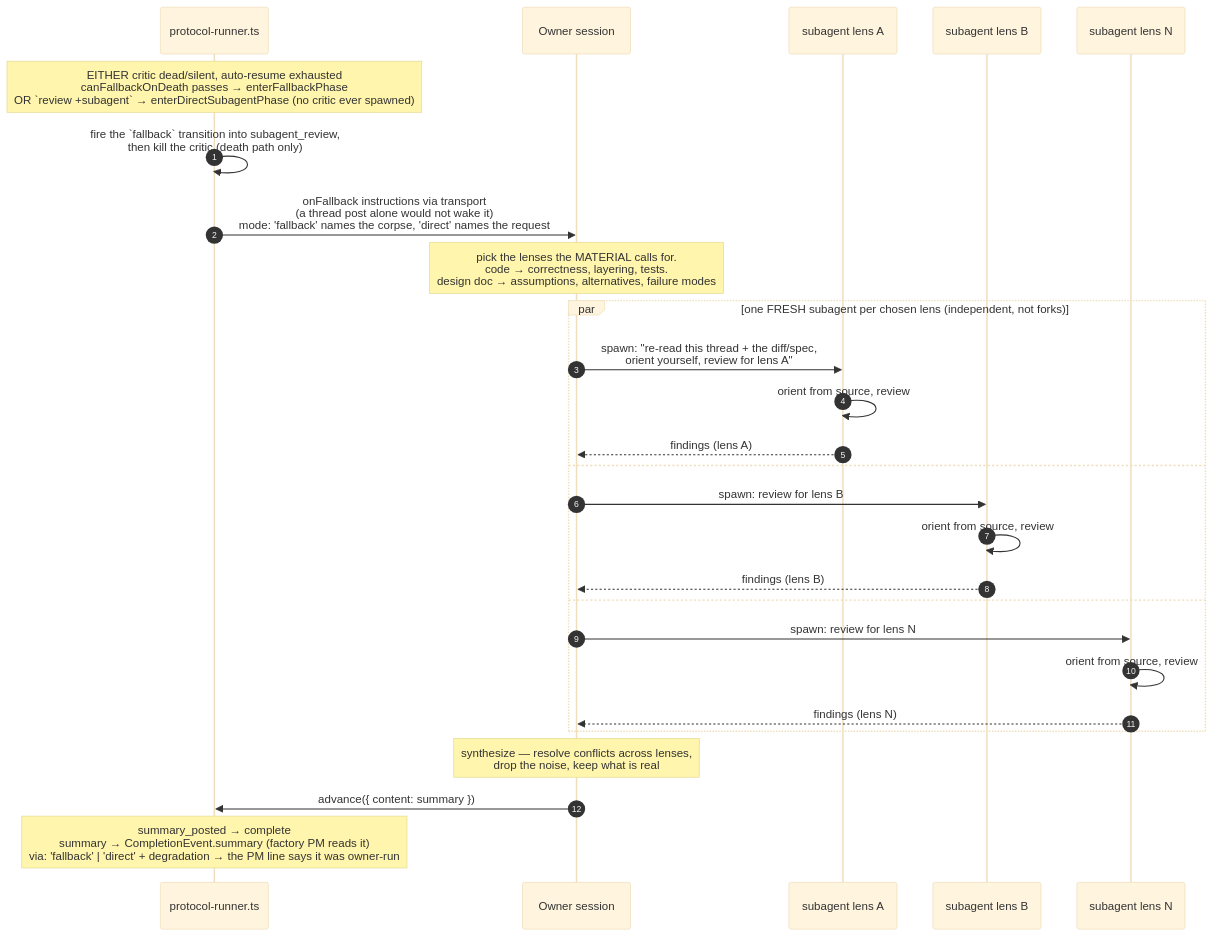
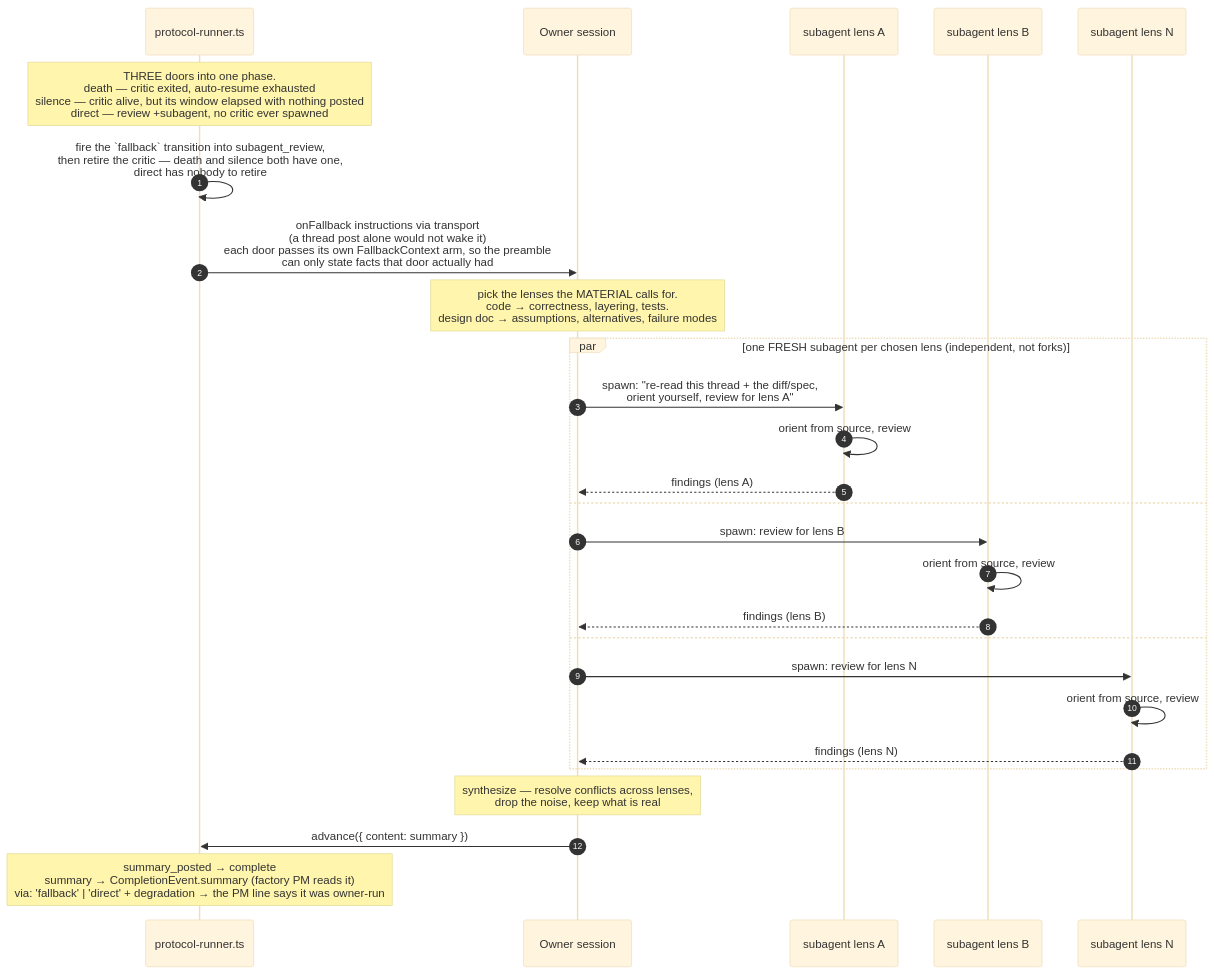
Before and after one commit to sf8193/hydra: the diagram in diagrams/flow-review-fallback.mmd, drawn with Mermaid (base theme). The commit also changed 11 other files, not shown here.

```diff
--- a/diagrams/flow-review-fallback.mmd
+++ b/diagrams/flow-review-fallback.mmd
@@ -1,43 +1,43 @@
 %% Owner-driven subagent review — what the subagent_review phase actually does:
 %% the owner fans out to fresh, independent subagents (one per material-driven
 %% lens, NOT forks of its own context), runs them in parallel, and synthesizes
 %% their findings into the closing summary.
 %%
 %% This diagram is scoped to the subagent dynamics, which are identical whichever
 %% door the phase was entered through. The engine-side TRIGGERS that get here —
 %% critic death or silence (3s debounce, auto-resume up to 5, grace timer,
 %% canFallbackOnDeath), and the direct `review +subagent` request — are in
 %% flow-protocol-robustness.mmd. enterFallbackPhase / enterDirectSubagentPhase in
 %% protocol-runner.ts are the seam between the two.
 
 sequenceDiagram
     autonumber
     participant PR as protocol-runner.ts
     participant Owner as Owner session
     participant LA as subagent lens A
     participant LB as subagent lens B
     participant LN as subagent lens N
 
-    Note over PR: EITHER critic dead/silent, auto-resume exhausted<br/>canFallbackOnDeath passes → enterFallbackPhase<br/>OR `review +subagent` → enterDirectSubagentPhase (no critic ever spawned)
-    PR->>PR: fire the `fallback` transition into subagent_review,<br/>then kill the critic (death path only)
-    PR->>Owner: onFallback instructions via transport<br/>(a thread post alone would not wake it)<br/>mode: 'fallback' names the corpse, 'direct' names the request
+    Note over PR: THREE doors into one phase.<br/>death — critic exited, auto-resume exhausted<br/>silence — critic alive, but its window elapsed with nothing posted<br/>direct — review +subagent, no critic ever spawned
+    PR->>PR: fire the `fallback` transition into subagent_review,<br/>then retire the critic — death and silence both have one,<br/>direct has nobody to retire
+    PR->>Owner: onFallback instructions via transport<br/>(a thread post alone would not wake it)<br/>each door passes its own FallbackContext arm, so the preamble<br/>can only state facts that door actually had
 
     Note over Owner: pick the lenses the MATERIAL calls for.<br/>code → correctness, layering, tests.<br/>design doc → assumptions, alternatives, failure modes
 
     par one FRESH subagent per chosen lens (independent, not forks)
         Owner->>LA: spawn: "re-read this thread + the diff/spec,<br/>orient yourself, review for lens A"
         LA->>LA: orient from source, review
         LA-->>Owner: findings (lens A)
     and
         Owner->>LB: spawn: review for lens B
         LB->>LB: orient from source, review
         LB-->>Owner: findings (lens B)
     and
         Owner->>LN: spawn: review for lens N
         LN->>LN: orient from source, review
         LN-->>Owner: findings (lens N)
     end
 
     Note over Owner: synthesize — resolve conflicts across lenses,<br/>drop the noise, keep what is real
     Owner->>PR: advance({ content: summary })
     Note over PR: summary_posted → complete<br/>summary → CompletionEvent.summary (factory PM reads it)<br/>via: 'fallback' | 'direct' + degradation → the PM line says it was owner-run
```
